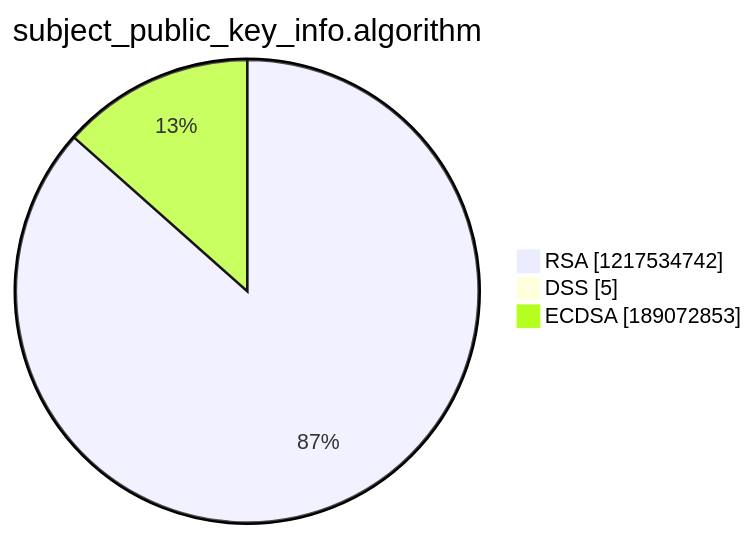
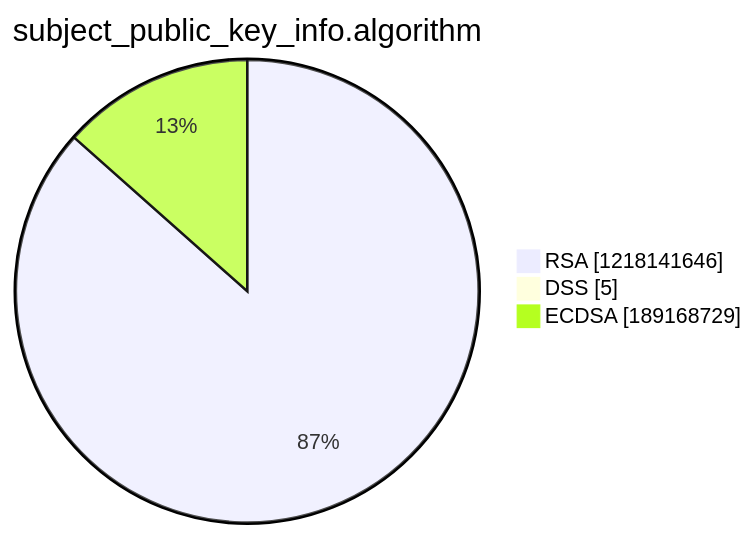
One commit to christiankrug/ctmonitor_visualization changed the third of 15 diagrams in argon2022/README.md. Above: the diagram before and after it, drawn with Mermaid. The commit also changed other lines of this file, not shown here.

````diff
--- a/argon2022/README.md
+++ b/argon2022/README.md
@@ -14,7 +14,7 @@
 ```mermaid
 pie showData
 title subject_public_key_info.algorithm
-"RSA" :1217534742
+"RSA" :1218141646
 "DSS" :5
-"ECDSA" :189072853
+"ECDSA" :189168729
 ```
````
